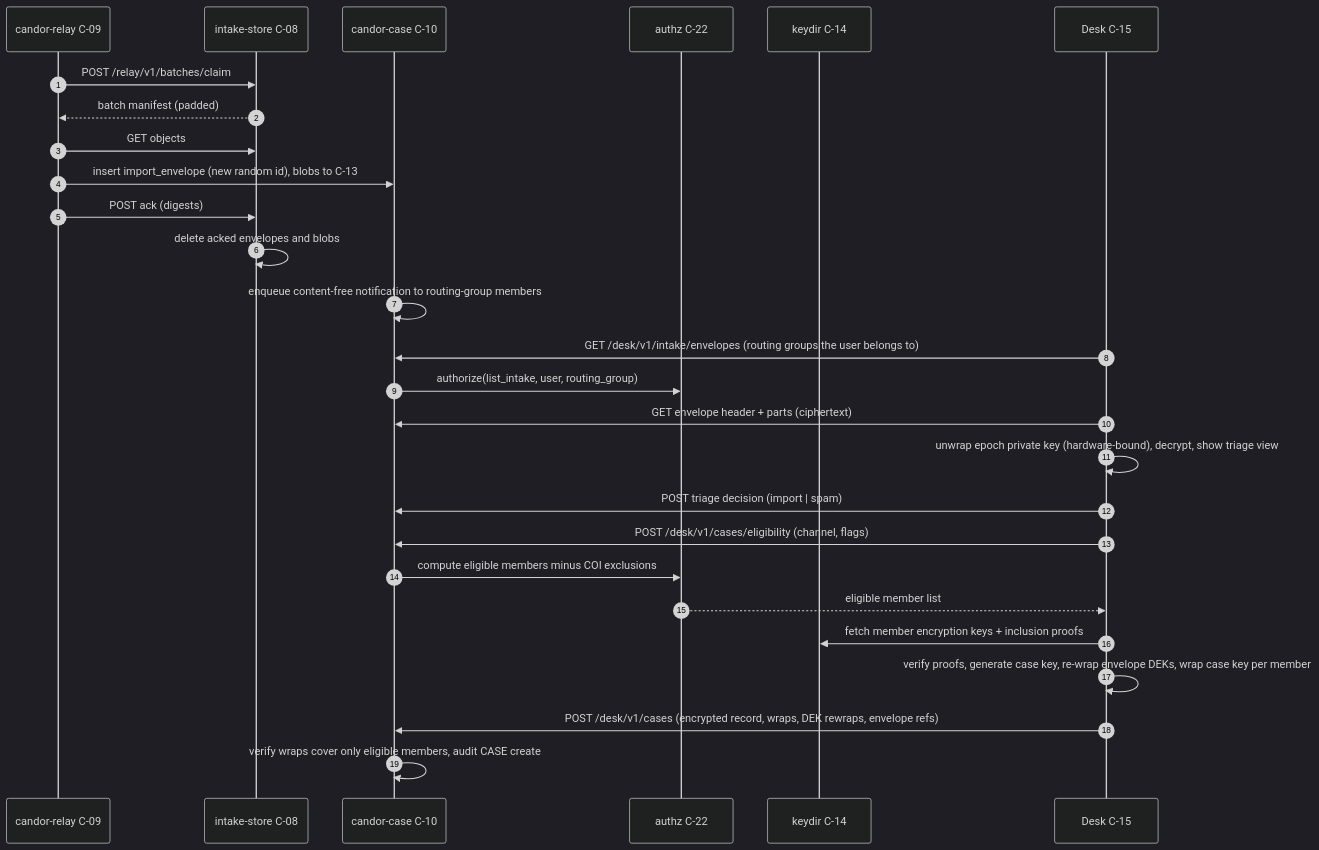
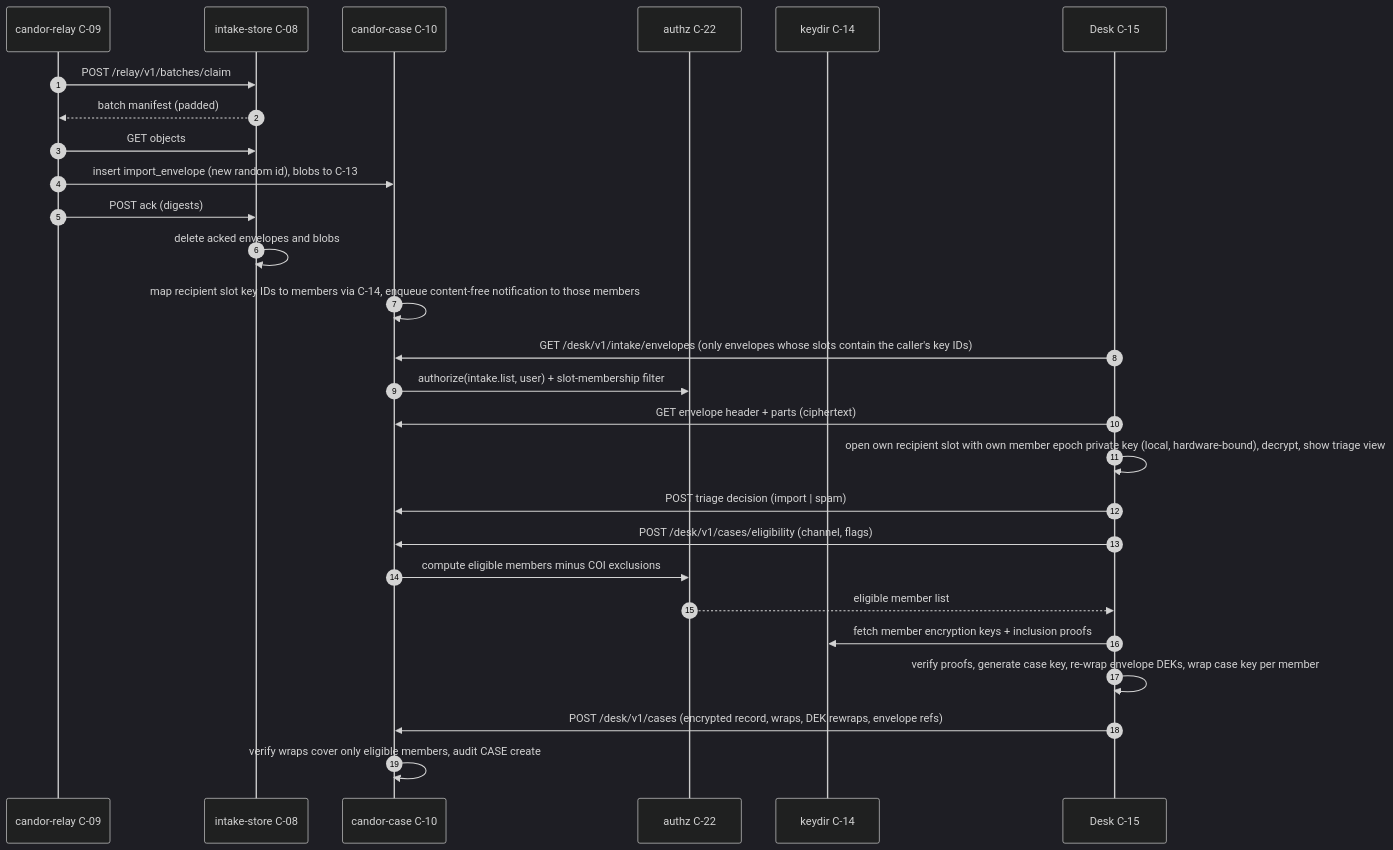
Before and after one commit to djshellshoxxx/leaks: the ninth of 12 diagrams in specs/06-SYSTEM-ARCHITECTURE.md, drawn with Mermaid (dark theme). The commit also changed other lines of this file and 14 other files, not shown here.

````diff
--- a/specs/06-SYSTEM-ARCHITECTURE.md
+++ b/specs/06-SYSTEM-ARCHITECTURE.md
@@ -432,29 +438,29 @@
 ```mermaid
 sequenceDiagram
   autonumber
   participant R as candor-relay C-09
   participant I as intake-store C-08
   participant C as candor-case C-10
   participant Z as authz C-22
   participant K as keydir C-14
   participant D as Desk C-15
   R->>I: POST /relay/v1/batches/claim
   I-->>R: batch manifest (padded)
   R->>I: GET objects
   R->>C: insert import_envelope (new random id), blobs to C-13
   R->>I: POST ack (digests)
   I->>I: delete acked envelopes and blobs
-  C->>C: enqueue content-free notification to routing-group members
-  D->>C: GET /desk/v1/intake/envelopes (routing groups the user belongs to)
-  C->>Z: authorize(list_intake, user, routing_group)
+  C->>C: map recipient slot key IDs to members via C-14, enqueue content-free notification to those members
+  D->>C: GET /desk/v1/intake/envelopes (only envelopes whose slots contain the caller's key IDs)
+  C->>Z: authorize(intake.list, user) + slot-membership filter
   D->>C: GET envelope header + parts (ciphertext)
-  D->>D: unwrap epoch private key (hardware-bound), decrypt, show triage view
+  D->>D: open own recipient slot with own member epoch private key (local, hardware-bound), decrypt, show triage view
   D->>C: POST triage decision (import | spam)
   D->>C: POST /desk/v1/cases/eligibility (channel, flags)
   C->>Z: compute eligible members minus COI exclusions
   Z-->>D: eligible member list
   D->>K: fetch member encryption keys + inclusion proofs
   D->>D: verify proofs, generate case key, re-wrap envelope DEKs, wrap case key per member
   D->>C: POST /desk/v1/cases (encrypted record, wraps, DEK rewraps, envelope refs)
   C->>C: verify wraps cover only eligible members, audit CASE create
 ```
````
